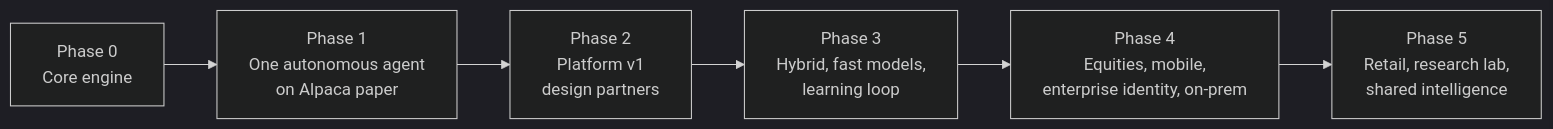
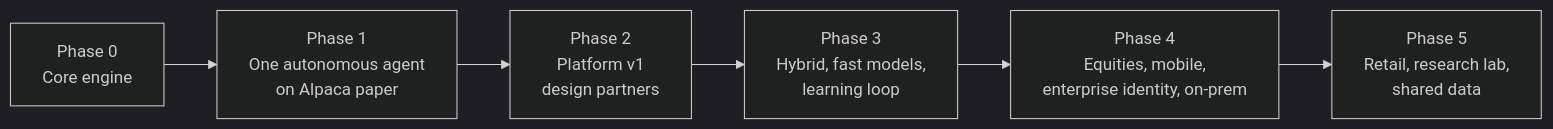
One commit to kunwarshivam/mandate changed the diagram in docs/product/05-roadmap.md. Above: the diagram before and after it, drawn with Mermaid (dark theme). The commit also changed other lines of this file and 12 other files, not shown here.

Commit message:
Align trading spec v0.6, journal, AGENTS rules, HLD shared data plane, compliance (question 30), PRD, roadmap, glossary, and backlog with mandate spec v0.3

````diff
--- a/docs/product/05-roadmap.md
+++ b/docs/product/05-roadmap.md
@@ -11,8 +11,8 @@
 ```mermaid
 flowchart LR
     P0["Phase 0<br/>Core engine"] --> P1["Phase 1<br/>One autonomous agent<br/>on Alpaca paper"]
     P1 --> P2["Phase 2<br/>Platform v1<br/>design partners"]
     P2 --> P3["Phase 3<br/>Hybrid, fast models,<br/>learning loop"]
     P3 --> P4["Phase 4<br/>Equities, mobile,<br/>enterprise identity, on-prem"]
-    P4 --> P5["Phase 5<br/>Retail, research lab,<br/>shared intelligence"]
+    P4 --> P5["Phase 5<br/>Retail, research lab,<br/>shared data"]
 ```
````
